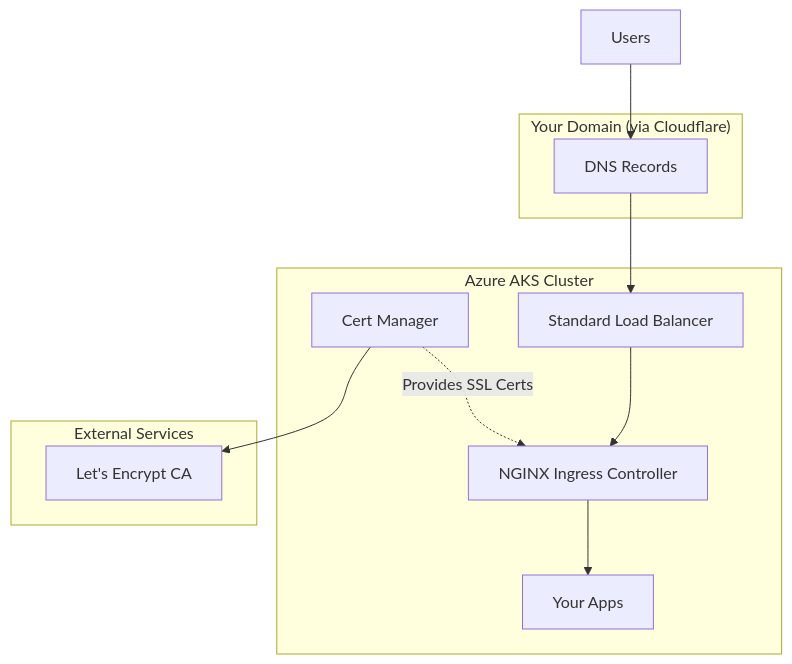
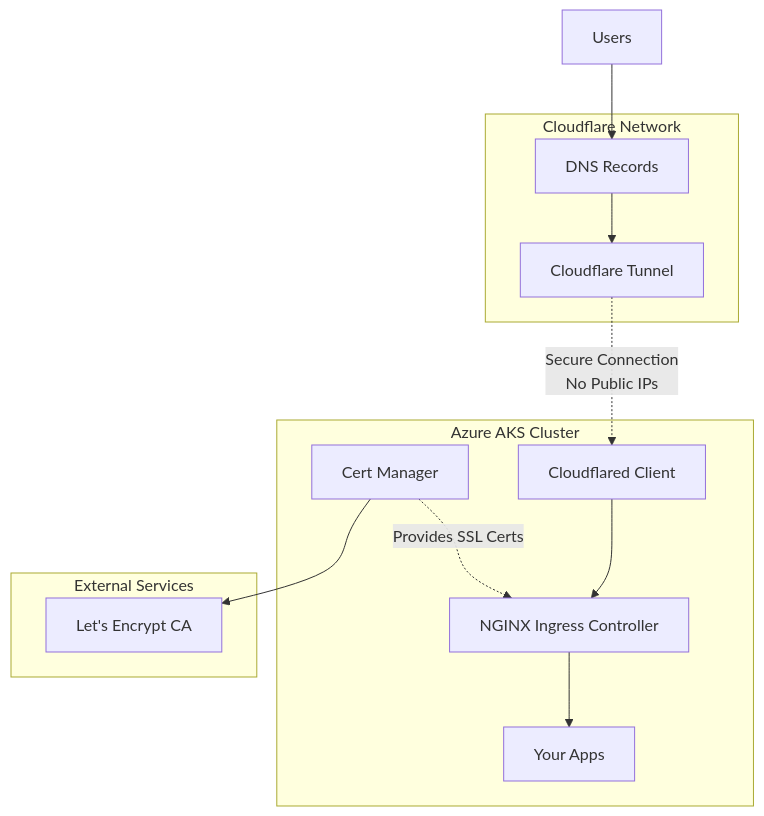
The first of 2 diagrams in README.md (jeroenbach/kube-env), drawn with Mermaid before and after one commit. The commit also changed other lines of this file and 87 other files, not shown here.

````diff
--- a/README.md
+++ b/README.md
@@ -100,24 +117,26 @@
 ```mermaid
 graph TB
-    subgraph "Your Domain (via Cloudflare)"
+    subgraph "Cloudflare Network"
         DNS[DNS Records]
+        TUNNEL[Cloudflare Tunnel]
     end
     
     subgraph "Azure AKS Cluster"
-        LB[Standard Load Balancer]
+        CLOUDFLARED[Cloudflared Client]
         NGINX[NGINX Ingress Controller]
         CERT[Cert Manager]
         APP[Your Apps]
     end
     
     subgraph "External Services"
         LE[Let's Encrypt CA]
     end
     
     USER[Users] --> DNS
-    DNS --> LB
-    LB --> NGINX
+    DNS --> TUNNEL
+    TUNNEL -.->|Secure Connection<br/>No Public IPs| CLOUDFLARED
+    CLOUDFLARED --> NGINX
     NGINX --> APP
     CERT --> LE
     CERT -.->|Provides SSL Certs| NGINX
 ```
````
